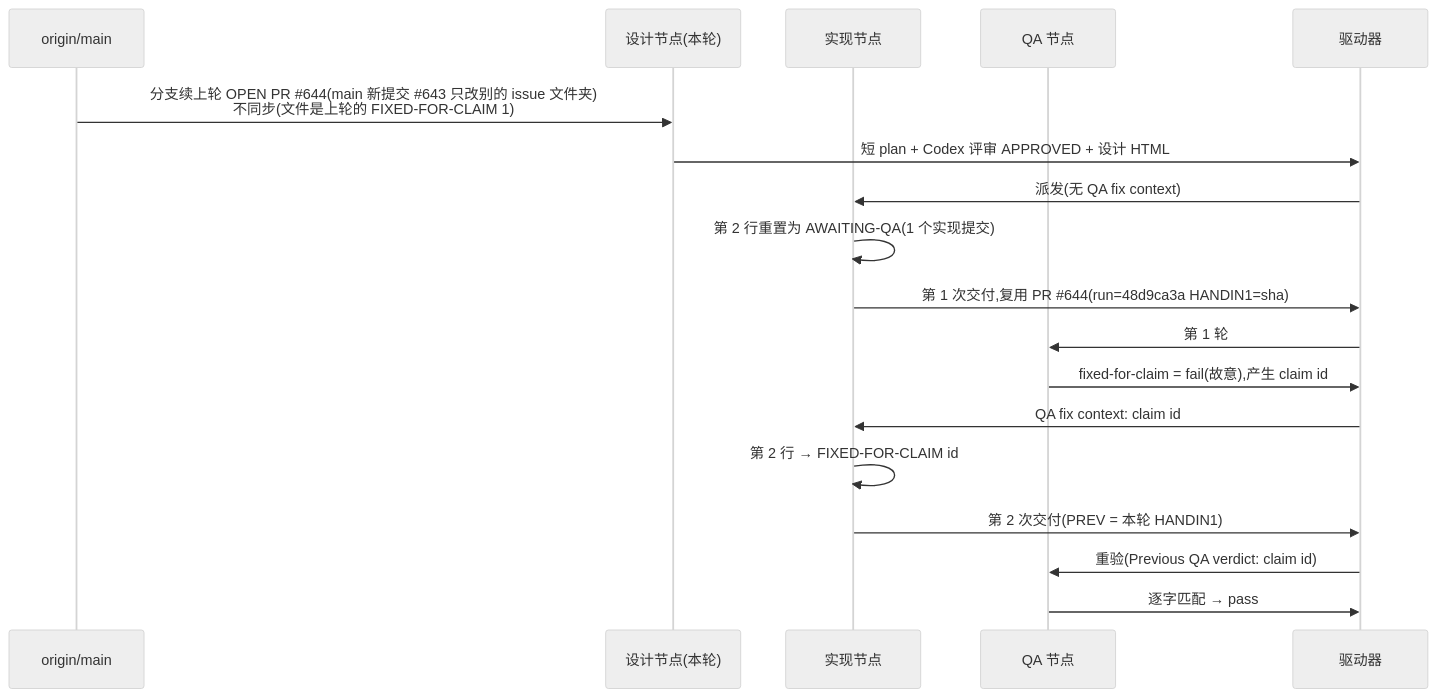
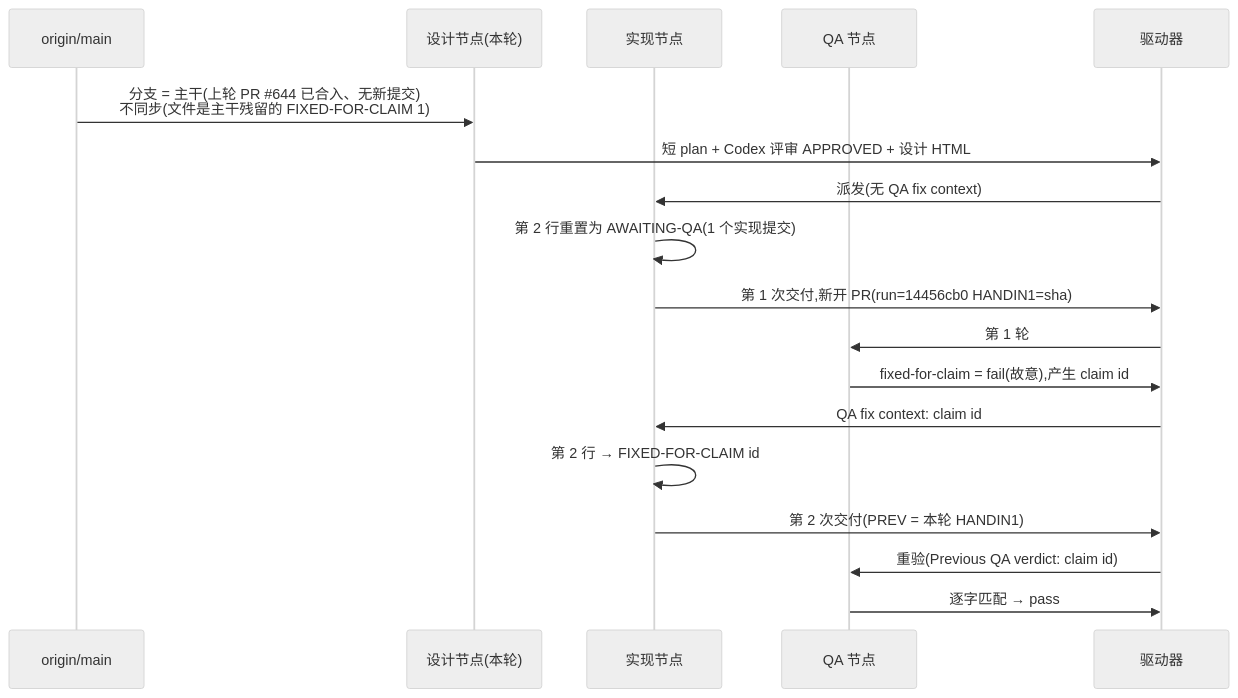
Before and after one commit to xrliAnnie/flywheel-qa-sandbox: the diagram in engineering/doc/FLY-3150-real-runner-drill/d1-core-flow.mmd, drawn with Mermaid (neutral theme). The commit also changed 5 other files, not shown here.

```diff
--- a/engineering/doc/FLY-3150-real-runner-drill/d1-core-flow.mmd
+++ b/engineering/doc/FLY-3150-real-runner-drill/d1-core-flow.mmd
@@ -1,18 +1,18 @@
 sequenceDiagram
     participant M as origin/main
     participant S as 设计节点(本轮)
     participant I as 实现节点
     participant Q as QA 节点
     participant D as 驱动器
-    M->>S: 分支续上轮 OPEN PR #35;644(main 新提交 #35;643 只改别的 issue 文件夹)<br/>不同步(文件是上轮的 FIXED-FOR-CLAIM 1)
+    M->>S: 分支 = 主干(上轮 PR #35;644 已合入、无新提交)<br/>不同步(文件是主干残留的 FIXED-FOR-CLAIM 1)
     S->>D: 短 plan + Codex 评审 APPROVED + 设计 HTML
     D->>I: 派发(无 QA fix context)
     I->>I: 第 2 行重置为 AWAITING-QA(1 个实现提交)
-    I->>D: 第 1 次交付,复用 PR #35;644(run=48d9ca3a HANDIN1=sha)
+    I->>D: 第 1 次交付,新开 PR(run=14456cb0 HANDIN1=sha)
     D->>Q: 第 1 轮
     Q->>D: fixed-for-claim = fail(故意),产生 claim id
     D->>I: QA fix context: claim id
     I->>I: 第 2 行 → FIXED-FOR-CLAIM id
     I->>D: 第 2 次交付(PREV = 本轮 HANDIN1)
     D->>Q: 重验(Previous QA verdict: claim id)
     Q->>D: 逐字匹配 → pass
```
